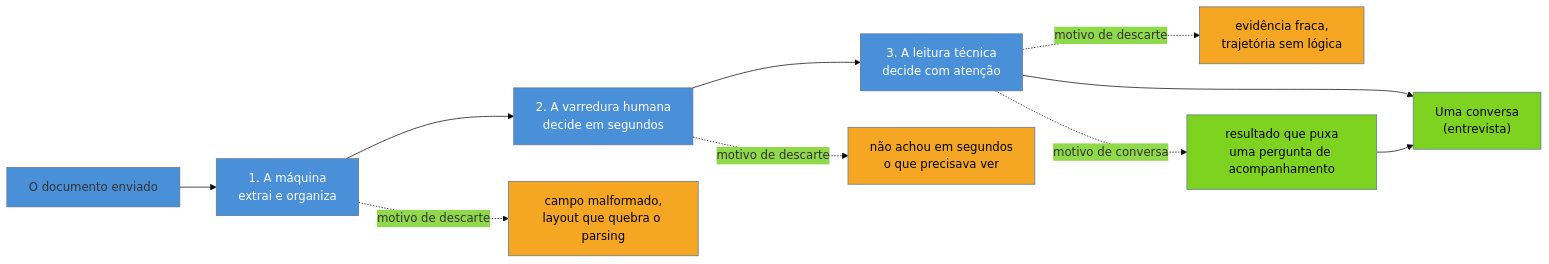
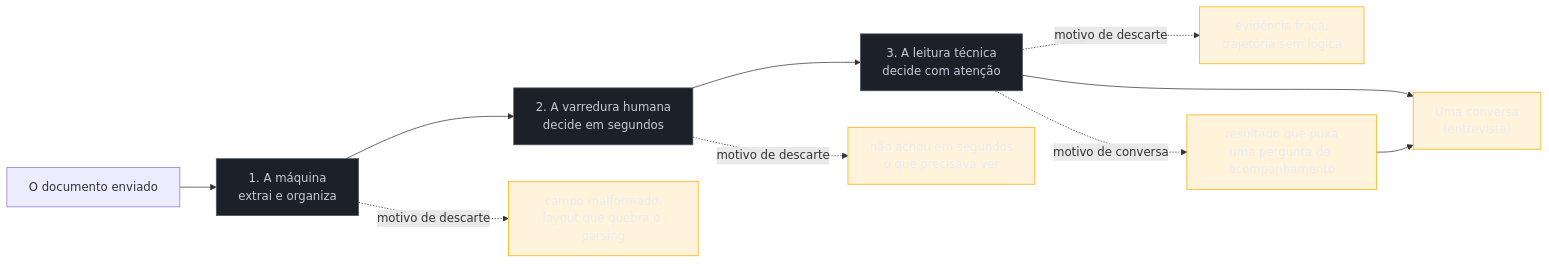
Before and after one commit to josenaldo/codex-technomanticus: the diagram in 03-Dominios/Carreira/Currículo/01 - Para que serve um currículo.md, drawn with Mermaid. The commit also changed 1181 other files, not shown here.

First line of the commit message:
fix(diagramas): paleta do sistema no lugar de cor cravada no markdown

````diff
--- a/03-Dominios/Carreira/Currículo/01 - Para que serve um currículo.md
+++ b/03-Dominios/Carreira/Currículo/01 - Para que serve um currículo.md
@@ -105,24 +105,25 @@
 ```mermaid
-%%{init: {"theme": "base", "themeVariables": {"primaryColor": "#4A90D9"}}}%%
 graph LR
+    classDef neutro fill:#1B2029,stroke:#4E5666,color:#C6CCD8
+    classDef destaque fill:#FFAA0024,stroke:#FFAA00,color:#E9ECF2
     Doc["O documento enviado"] --> R1["1. A máquina<br/>extrai e organiza"]
     R1 --> R2["2. A varredura humana<br/>decide em segundos"]
     R2 --> R3["3. A leitura técnica<br/>decide com atenção"]
     R3 --> Conv["Uma conversa<br/>(entrevista)"]
 
     R1 -.motivo de descarte.-> D1["campo malformado,<br/>layout que quebra o parsing"]
     R2 -.motivo de descarte.-> D2["não achou em segundos<br/>o que precisava ver"]
     R3 -.motivo de descarte.-> D3["evidência fraca,<br/>trajetória sem lógica"]
 
     R3 -.motivo de conversa.-> C1["resultado que puxa<br/>uma pergunta de acompanhamento"]
     C1 --> Conv
 
-    style R1 fill:#4A90D9,color:#fff
-    style R2 fill:#4A90D9,color:#fff
-    style R3 fill:#4A90D9,color:#fff
-    style Conv fill:#7ED321,color:#000
-    style C1 fill:#7ED321,color:#000
-    style D1 fill:#F5A623,color:#000
-    style D2 fill:#F5A623,color:#000
-    style D3 fill:#F5A623,color:#000
+    class R1 neutro
+    class R2 neutro
+    class R3 neutro
+    class Conv destaque
+    class C1 destaque
+    class D1 destaque
+    class D2 destaque
+    class D3 destaque
 ```
````
